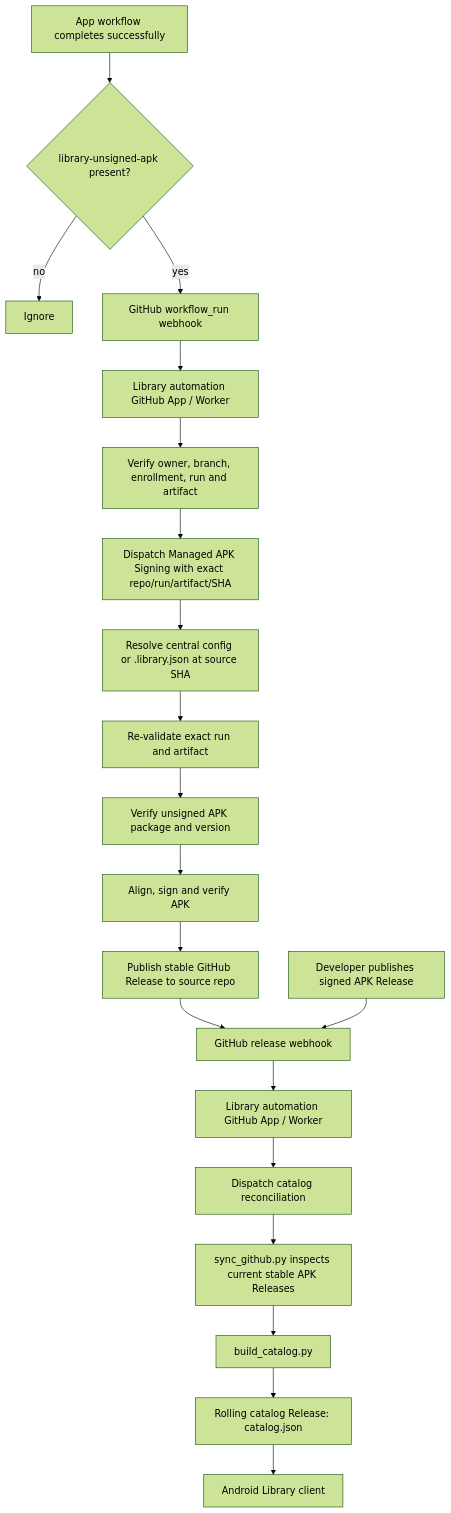
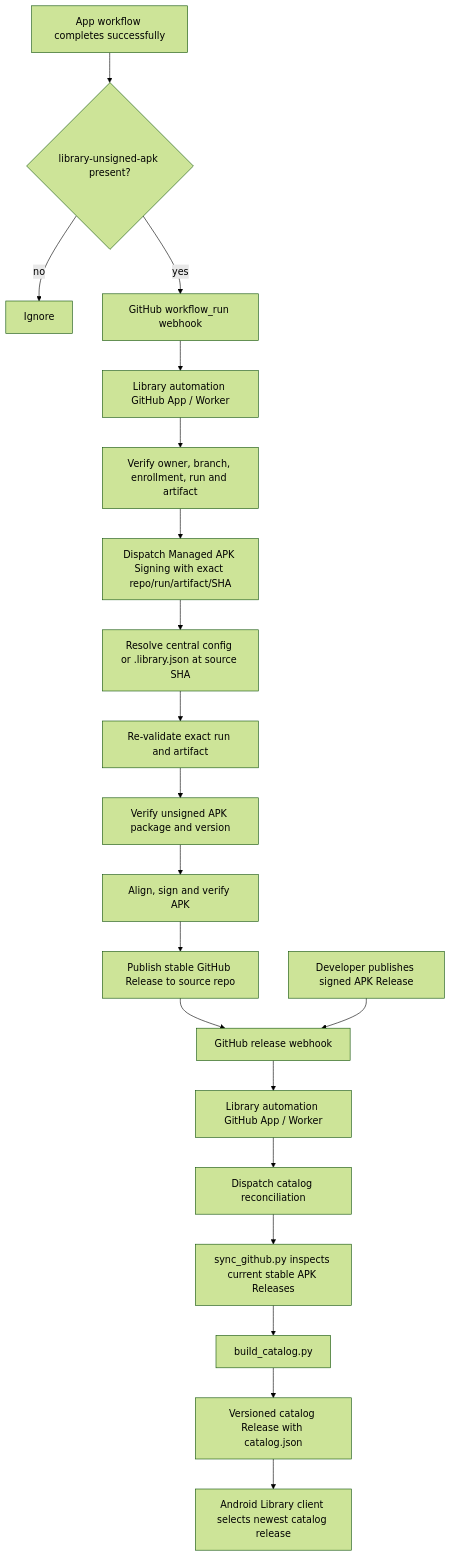
The diagram in README.md (c0di-org/library), drawn with Mermaid (forest theme) before and after one commit. The commit also changed other lines of this file, not shown here.

Commit message:
Describe versioned catalog releases

````diff
--- a/README.md
+++ b/README.md
@@ -18,23 +18,23 @@
 ```mermaid
 flowchart TD
     A[App workflow completes successfully] --> B{library-unsigned-apk present?}
     B -- no --> Z[Ignore]
     B -- yes --> C[GitHub workflow_run webhook]
     C --> D[Library automation GitHub App / Worker]
     D --> E[Verify owner, branch, enrollment, run and artifact]
     E --> F[Dispatch Managed APK Signing with exact repo/run/artifact/SHA]
     F --> G[Resolve central config or .library.json at source SHA]
     G --> H[Re-validate exact run and artifact]
     H --> I[Verify unsigned APK package and version]
     I --> J[Align, sign and verify APK]
     J --> K[Publish stable GitHub Release to source repo]
     K --> L[GitHub release webhook]
 
     M[Developer publishes signed APK Release] --> L
     L --> N[Library automation GitHub App / Worker]
     N --> O[Dispatch catalog reconciliation]
     O --> P[sync_github.py inspects current stable APK Releases]
     P --> Q[build_catalog.py]
-    Q --> R[Rolling catalog Release: catalog.json]
-    R --> S[Android Library client]
+    Q --> R[Versioned catalog Release with catalog.json]
+    R --> S[Android Library client selects newest catalog release]
 ```
````
